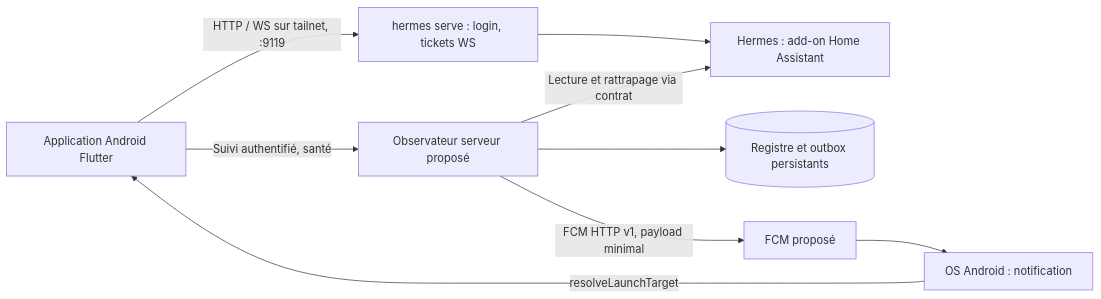
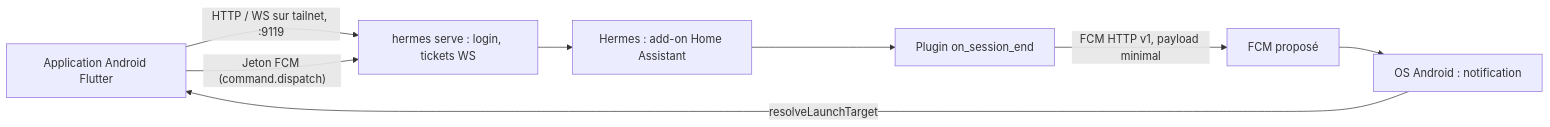
The second of 2 diagrams in _bmad-output/planning-artifacts/architecture/architecture-Hermes Mobile-2026-10-20/ARCHITECTURE-SPINE.md (alanmlcrt/hermes-mobile), drawn with Mermaid before and after one commit. The commit also changed other lines of this file and 4 other files, not shown here.

First line of the commit message:
docs(epic-5): remplacer l'observateur par le plugin Hermes

````diff
--- a/_bmad-output/planning-artifacts/architecture/architecture-Hermes Mobile-2026-10-20/ARCHITECTURE-SPINE.md
+++ b/_bmad-output/planning-artifacts/architecture/architecture-Hermes Mobile-2026-10-20/ARCHITECTURE-SPINE.md
@@ -205,11 +204,10 @@
 ```mermaid
 flowchart LR
   P["Application Android Flutter"] -->|"HTTP / WS sur tailnet, :9119"| E["hermes serve : login, tickets WS"]
   E --> H["Hermes : add-on Home Assistant"]
-  P -->|"Suivi authentifié, santé"| N["Observateur serveur proposé"]
-  N -->|"Lecture et rattrapage via contrat"| H
-  N --> D[("Registre et outbox persistants")]
+  P -->|"Jeton FCM (command.dispatch)"| E
+  H --> N["Plugin on_session_end"]
   N -->|"FCM HTTP v1, payload minimal"| F["FCM proposé"]
   F --> O["OS Android : notification"]
   O -->|"resolveLaunchTarget"| P
 ```
````
